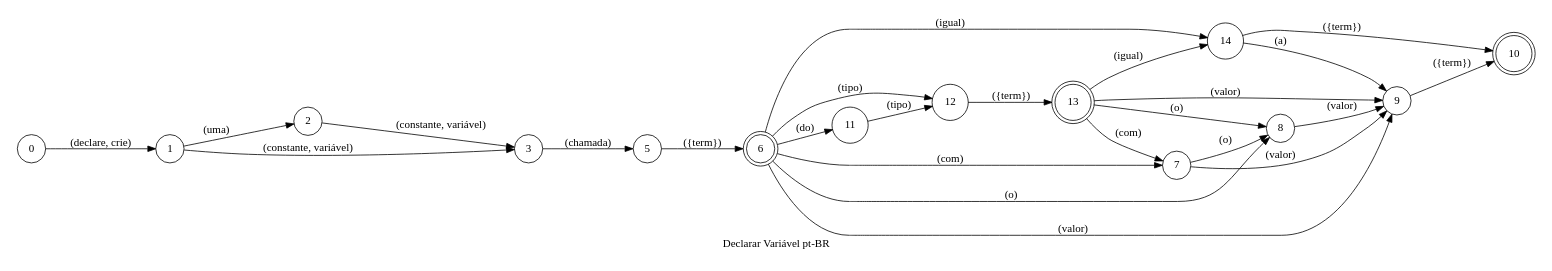
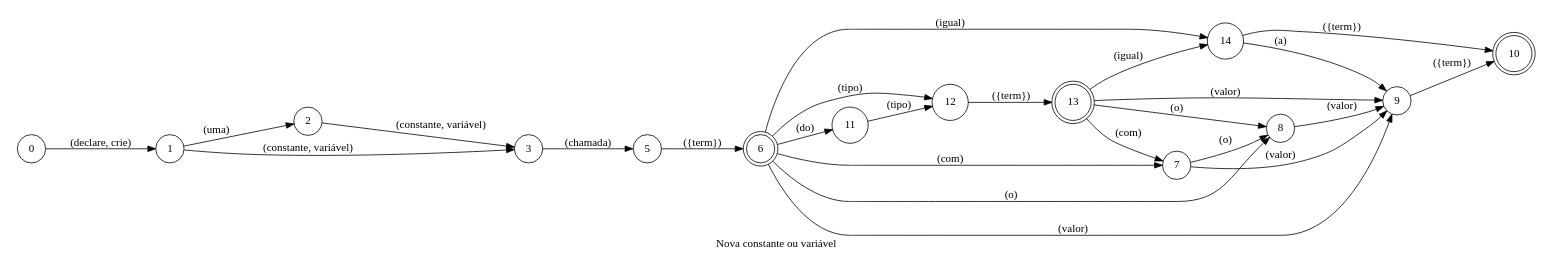
The diagram in spoken/src/modules/typescript/declare_variable/phrase_pt-BR.dot (pedrooaugusto/speech-to-code), drawn with Graphviz before and after one commit. The commit also changed 34 other files, not shown here.

```diff
--- a/spoken/src/modules/typescript/declare_variable/phrase_pt-BR.dot
+++ b/spoken/src/modules/typescript/declare_variable/phrase_pt-BR.dot
@@ -1,28 +1,28 @@
 digraph DeclareVariable {
     id="declare_variable";
-    label="Declarar Variável pt-BR";
+    label="Nova constante ou variável";
     lang="pt-BR";
     langName="Portugês";
     pad="0.2";
     rankdir=LR;
     node[shape=doublecircle]; 6 13 10;
     node[shape=circle];
 
     0 -> 1 [label=" (declare, crie)"];
     1 -> 2 [label=" (uma)"];
     {1 2} -> 3 [label=" (constante, variável)", store=memType];
     3 -> 5 [label=" (chamada)"];
     5 -> 6 [label=" ({term})", store=name];
     6 -> 11 [label=" (do)"];
     {11 6} -> 12 [label=" (tipo)"];
     12 -> 13 [label=" ({term})", store=type];
     {6 13} -> 14 [label=" (igual)"];
     14 -> 9 [label=" (a)"];
     {13 6} -> 7 [label=" (com)"];
     {6 13 7} -> 8 [label=" (o)"];
     {8 6 13 7} -> 9 [label=" (valor)"];
     {9 14} -> 10 [label=" ({term})", store=value];
 
-    title="New variable or constant";
-    desc="Declares a new constant or variable in the current line";
+    title="Nova constante ou variável";
+    desc="Declara uma nova constante ou variável na linha atual";
 }
```
